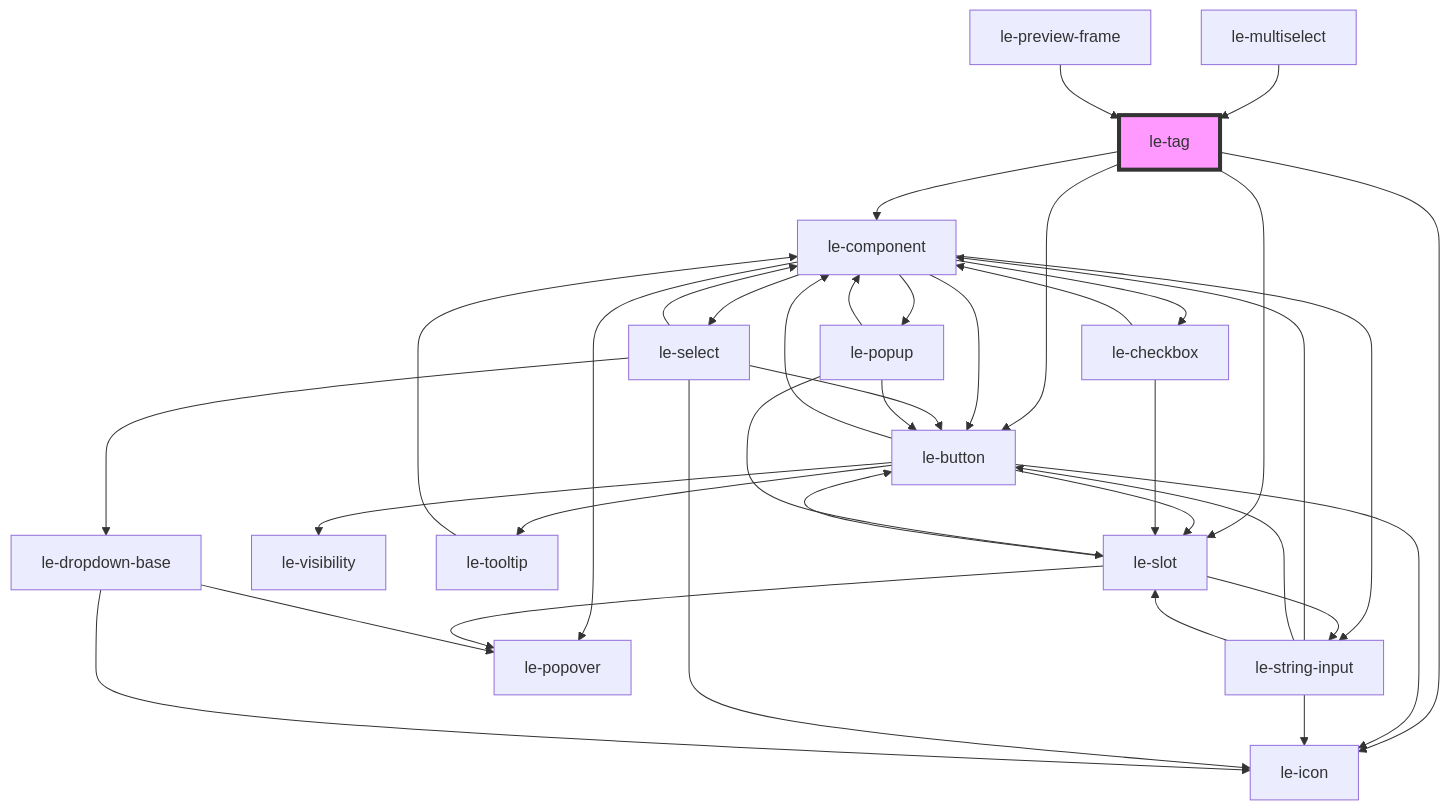
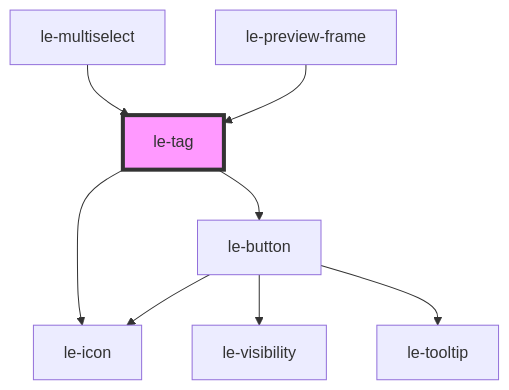
One commit to leechy/le-kit changed the diagram in packages/core/src/components/le-tag/readme.md. Above: the diagram before and after it, drawn with Mermaid. The commit also changed other lines of this file and 44 other files, not shown here.

````diff
--- a/packages/core/src/components/le-tag/readme.md
+++ b/packages/core/src/components/le-tag/readme.md
@@ -54,40 +52,11 @@
 ```mermaid
 graph TD;
-  le-tag --> le-component
-  le-tag --> le-slot
   le-tag --> le-button
   le-tag --> le-icon
-  le-component --> le-button
-  le-component --> le-select
-  le-component --> le-checkbox
-  le-component --> le-string-input
-  le-component --> le-popover
-  le-component --> le-popup
   le-button --> le-icon
   le-button --> le-visibility
-  le-button --> le-slot
-  le-button --> le-component
   le-button --> le-tooltip
-  le-slot --> le-popover
-  le-slot --> le-button
-  le-slot --> le-string-input
-  le-string-input --> le-component
-  le-string-input --> le-button
-  le-string-input --> le-icon
-  le-string-input --> le-slot
-  le-tooltip --> le-component
-  le-select --> le-icon
-  le-select --> le-component
-  le-select --> le-dropdown-base
-  le-select --> le-button
-  le-dropdown-base --> le-icon
-  le-dropdown-base --> le-popover
-  le-checkbox --> le-component
-  le-checkbox --> le-slot
-  le-popup --> le-slot
-  le-popup --> le-button
-  le-popup --> le-component
   le-multiselect --> le-tag
   le-preview-frame --> le-tag
   style le-tag fill:#f9f,stroke:#333,stroke-width:4px
 ```
````
